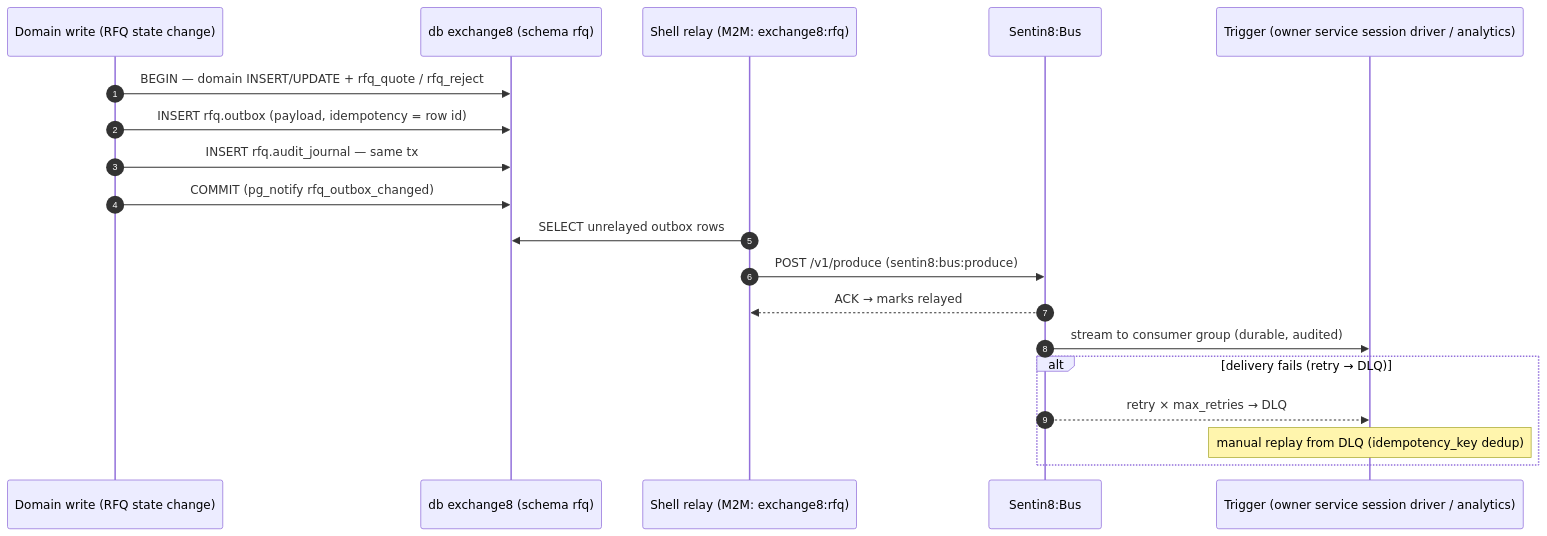
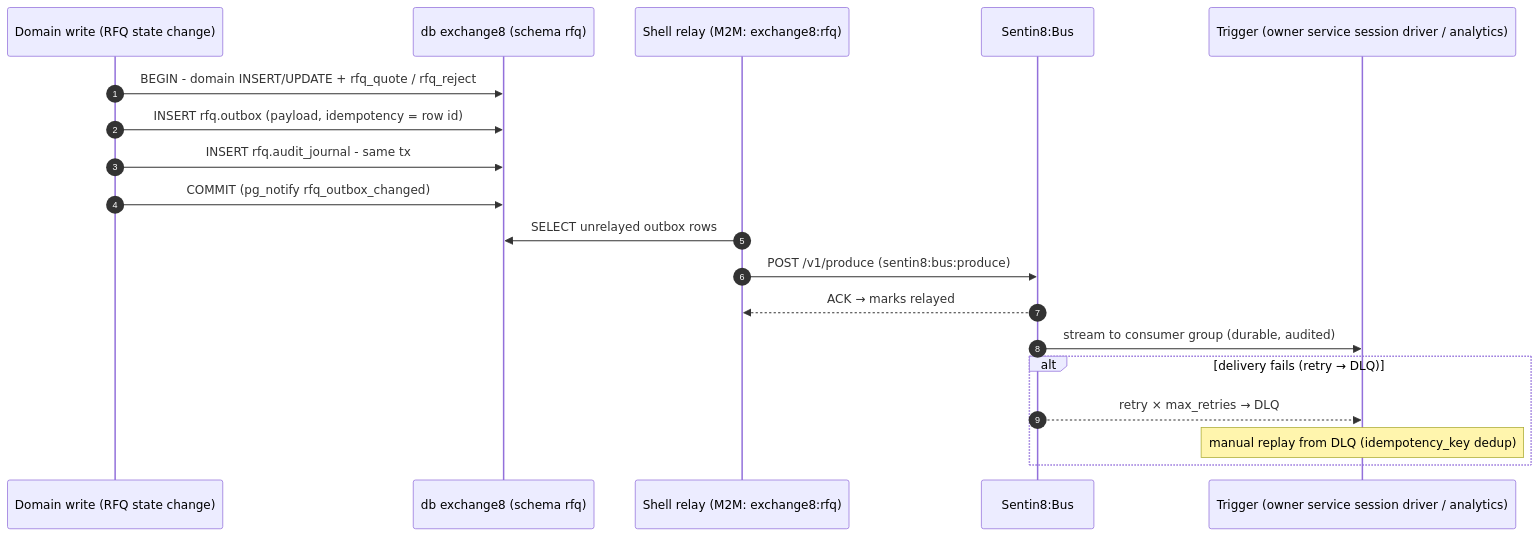
Before and after one commit to Exchange8-dev/exchange8-rfq: the tenth of 16 diagrams in DESIGN.md, drawn with Mermaid. The commit also changed other lines of this file and 15 other files, not shown here.

````diff
--- a/DESIGN.md
+++ b/DESIGN.md
@@ -453,22 +453,22 @@
 ```mermaid
 sequenceDiagram
     autonumber
     participant W as Domain write (RFQ state change)
     participant DB as db exchange8 (schema rfq)
     participant R as Shell relay (M2M: exchange8:rfq)
     participant B as Sentin8:Bus
     participant T as Trigger (owner service session driver / analytics)
 
-    W->>DB: BEGIN — domain INSERT/UPDATE + rfq_quote / rfq_reject
+    W->>DB: BEGIN - domain INSERT/UPDATE + rfq_quote / rfq_reject
     W->>DB: INSERT rfq.outbox (payload, idempotency = row id)
-    W->>DB: INSERT rfq.audit_journal — same tx
+    W->>DB: INSERT rfq.audit_journal - same tx
     W->>DB: COMMIT (pg_notify rfq_outbox_changed)
     R->>DB: SELECT unrelayed outbox rows
     R->>B: POST /v1/produce (sentin8:bus:produce)
     B-->>R: ACK → marks relayed
     B->>T: stream to consumer group (durable, audited)
     alt delivery fails (retry → DLQ)
         B-->>T: retry × max_retries → DLQ
         Note over T: manual replay from DLQ (idempotency_key dedup)
     end
 ```
````
